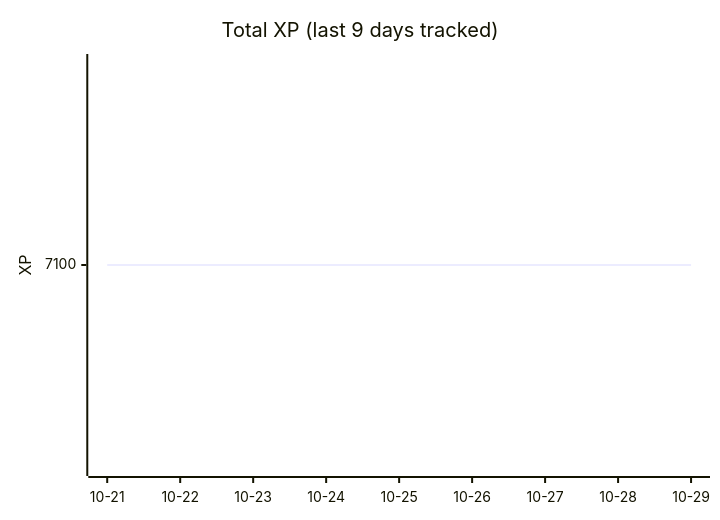
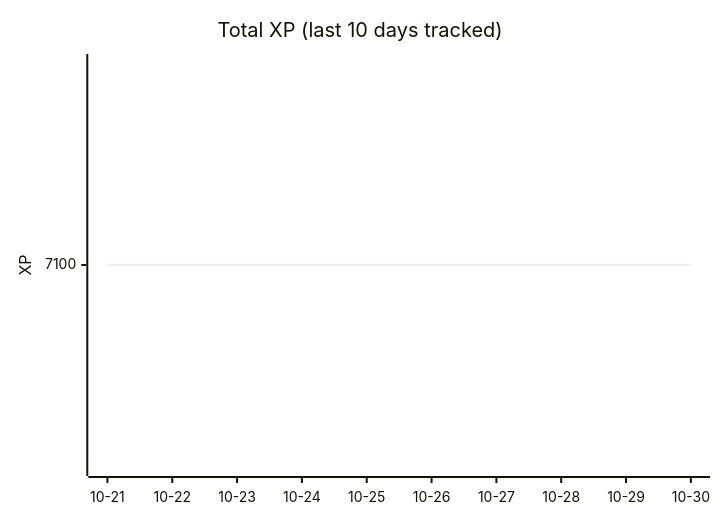
The diagram in README.md (ASR222/bootdev-progress), drawn with Mermaid before and after one commit. The commit also changed other lines of this file and 1 other file, not shown here.

Commit message:
Boot.dev progress: 2026-10-29

````diff
--- a/README.md
+++ b/README.md
@@ -14,7 +14,7 @@
 ```mermaid
 xychart-beta
-    title "Total XP (last 9 days tracked)"
-    x-axis ["10-21", "10-22", "10-23", "10-24", "10-25", "10-26", "10-27", "10-28", "10-29"]
+    title "Total XP (last 10 days tracked)"
+    x-axis ["10-21", "10-22", "10-23", "10-24", "10-25", "10-26", "10-27", "10-28", "10-29", "10-30"]
     y-axis "XP"
-    line [7100, 7100, 7100, 7100, 7100, 7100, 7100, 7100, 7100]
+    line [7100, 7100, 7100, 7100, 7100, 7100, 7100, 7100, 7100, 7100]
 ```
````
